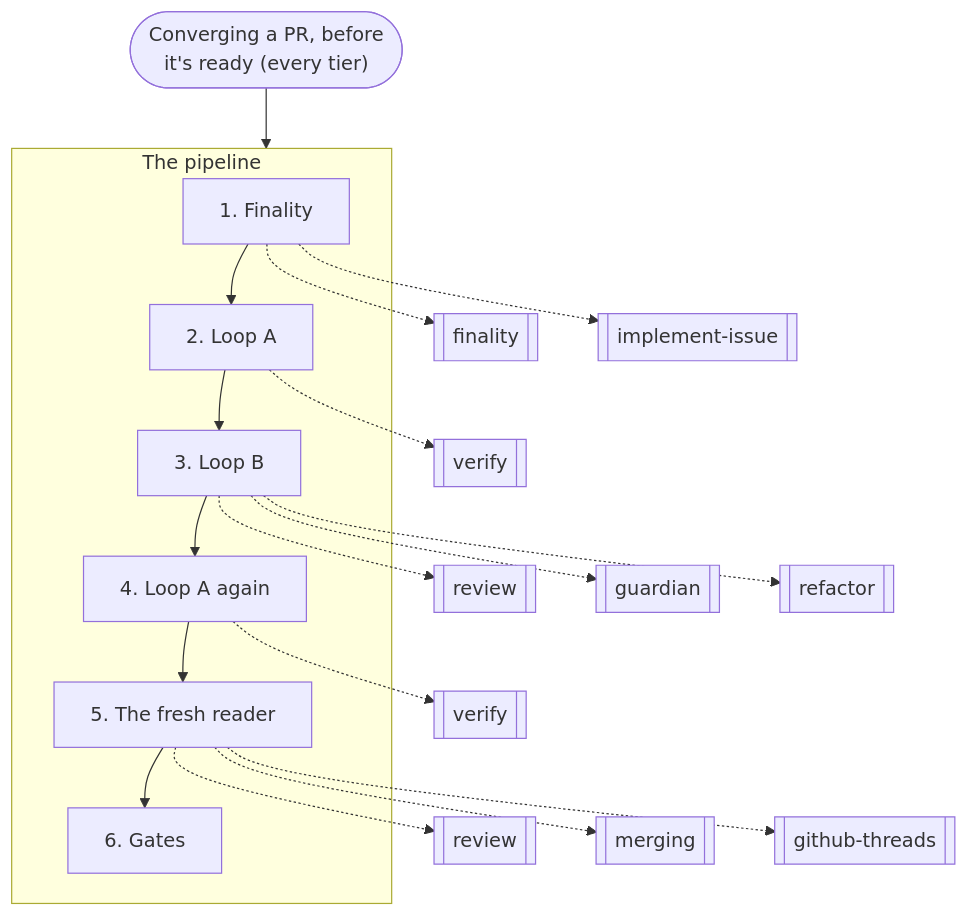
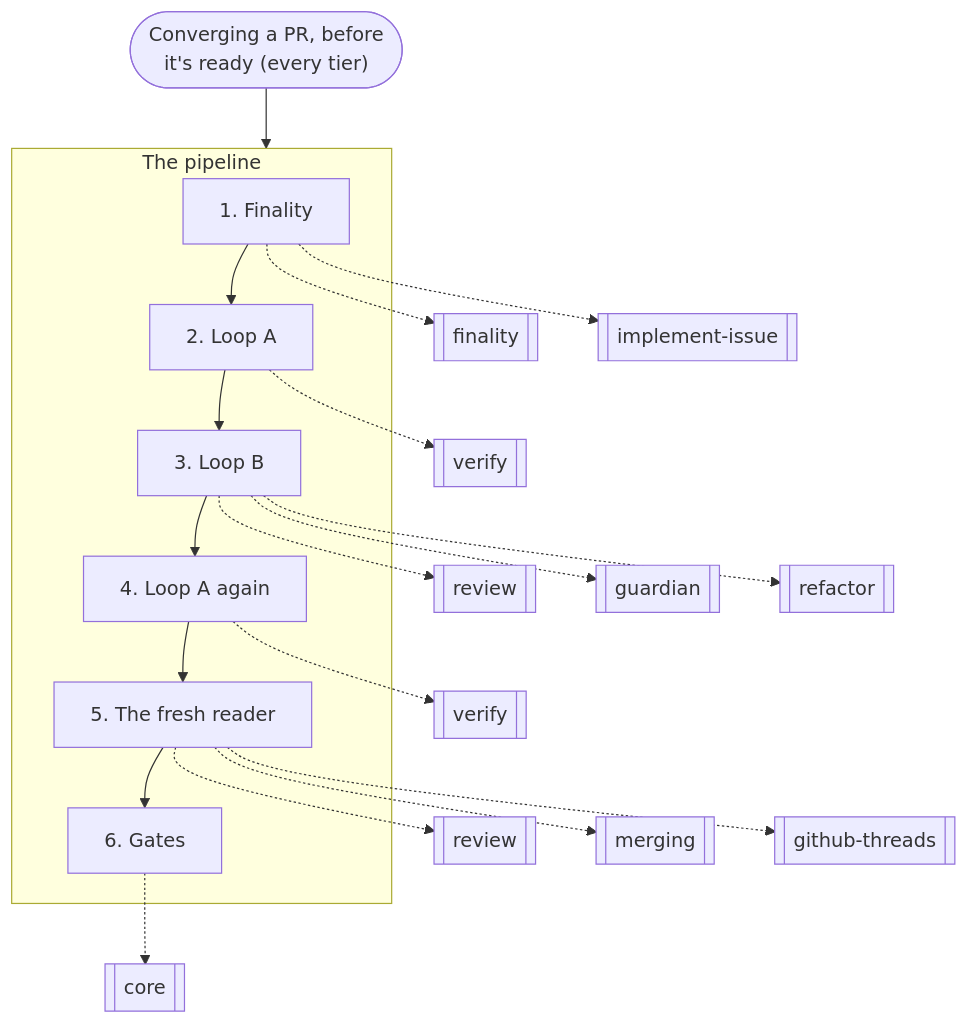
Before and after one commit to nitedani/mergeworthy: the seventh of 14 diagrams in docs/graphs.md, drawn with Mermaid. The commit also changed other lines of this file and 15 other files, not shown here.

````diff
--- a/docs/graphs.md
+++ b/docs/graphs.md
@@ -202,28 +203,29 @@
 ```mermaid
 flowchart TB
   start(["Converging a PR, before<br/>it's ready (every tier)"])
   subgraph g0["The pipeline"]
     s0["1. Finality"]
     s1["2. Loop A"]
     s0 --> s1
     s2["3. Loop B"]
     s1 --> s2
     s3["4. Loop A again"]
     s2 --> s3
     s4["5. The fresh reader"]
     s3 --> s4
     s5["6. Gates"]
     s4 --> s5
   end
   s0 -.-> r1[["finality"]]
   s0 -.-> r2[["implement-issue"]]
   s1 -.-> r3[["verify"]]
   s2 -.-> r4[["review"]]
   s2 -.-> r5[["guardian"]]
   s2 -.-> r6[["refactor"]]
   s3 -.-> r7[["verify"]]
   s4 -.-> r8[["review"]]
   s4 -.-> r9[["merging"]]
   s4 -.-> r10[["github-threads"]]
+  s5 -.-> r11[["core"]]
   start --> g0
 ```
````
